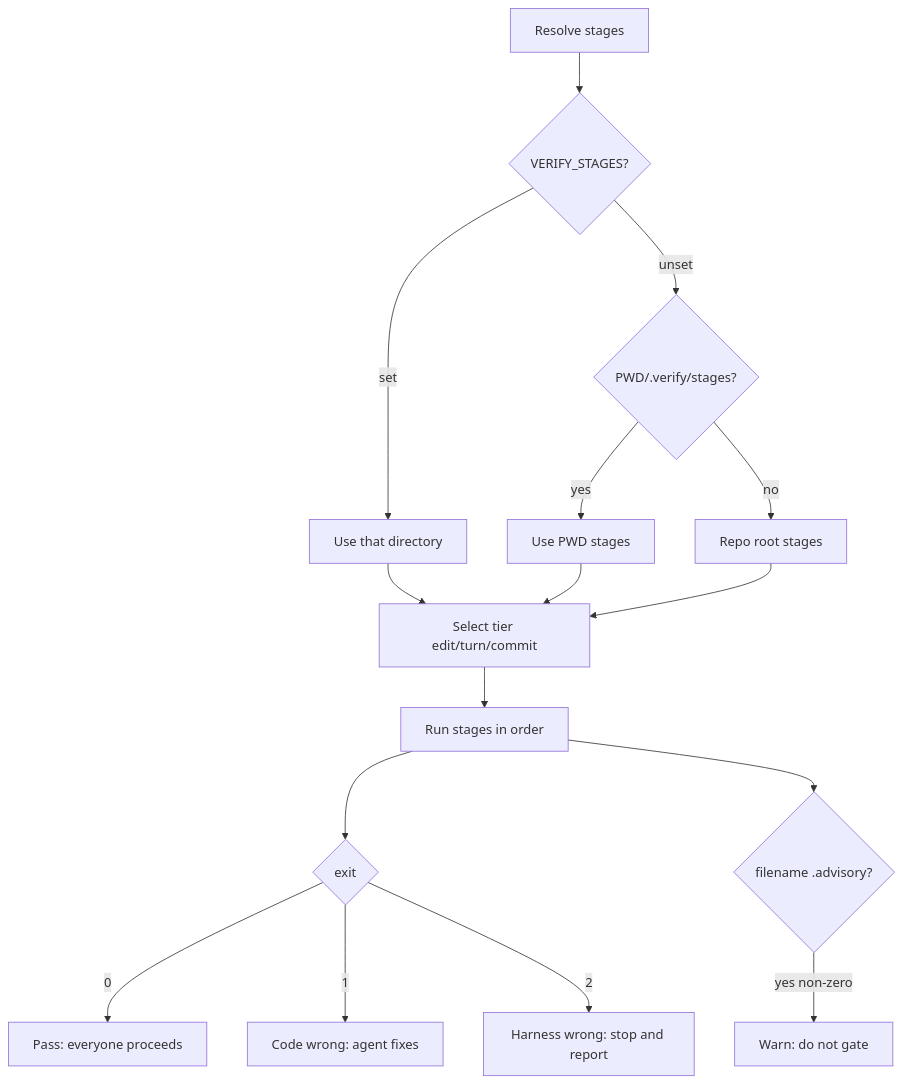
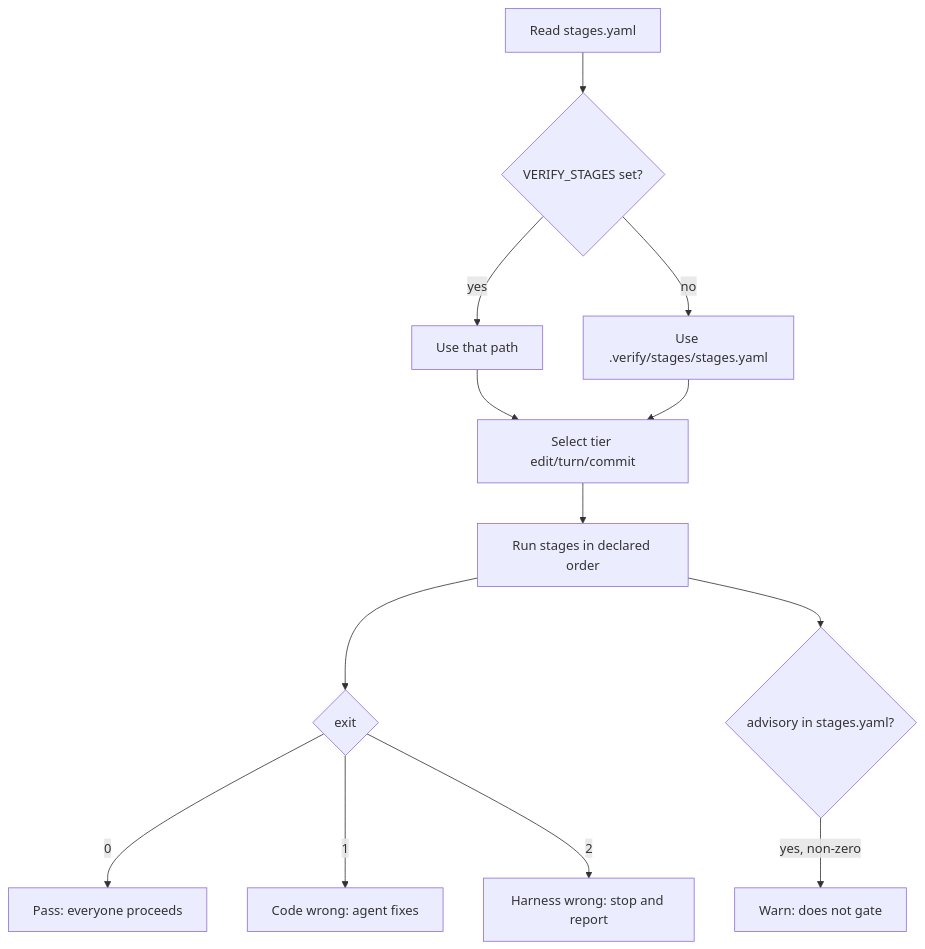
Before and after one commit to lucamezzalira/harness-loop-engineering: the third of 5 diagrams in README.md, drawn with Mermaid. The commit also changed other lines of this file and 3 other files, not shown here.

````diff
--- a/README.md
+++ b/README.md
@@ -191,18 +155,15 @@
 ```mermaid
 flowchart TD
-  A[Resolve stages] --> B{VERIFY_STAGES?}
-  B -->|set| C[Use that directory]
-  B -->|unset| D{PWD/.verify/stages?}
-  D -->|yes| E[Use PWD stages]
-  D -->|no| F[Repo root stages]
+  A[Read stages.yaml] --> B{VERIFY_STAGES set?}
+  B -->|yes| C[Use that path]
+  B -->|no| D[Use .verify/stages/stages.yaml]
   C --> G[Select tier edit/turn/commit]
-  E --> G
-  F --> G
-  G --> H[Run stages in order]
+  D --> G
+  G --> H[Run stages in declared order]
   H --> I{exit}
   I -->|0| J[Pass: everyone proceeds]
   I -->|1| K[Code wrong: agent fixes]
   I -->|2| L[Harness wrong: stop and report]
-  H --> M{filename .advisory?}
-  M -->|yes non-zero| N[Warn: do not gate]
+  H --> M{advisory in stages.yaml?}
+  M -->|yes, non-zero| N[Warn: does not gate]
 ```
````
